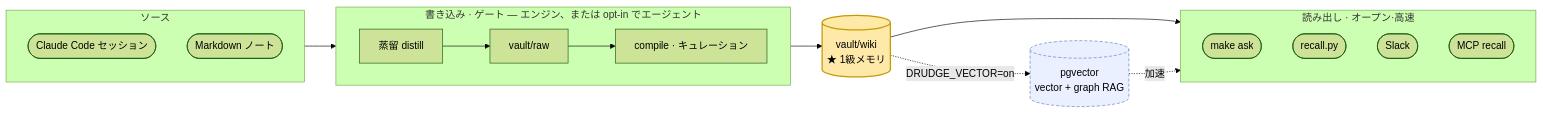
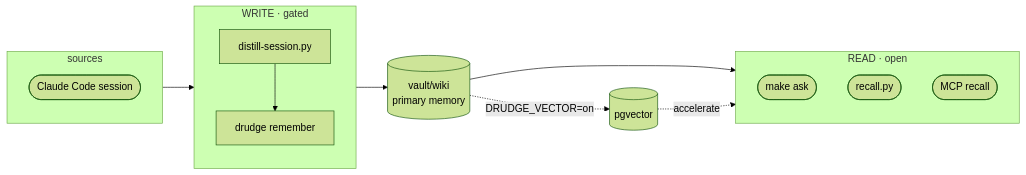
The diagram in README.ja.md (jazz1x/ohmyboring), drawn with Mermaid (forest theme) before and after one commit. The commit also changed other lines of this file and 2 other files, not shown here.

First line of the commit message:
docs: rewrite READMEs for clarity and current architecture

````diff
--- a/README.ja.md
+++ b/README.ja.md
@@ -16,27 +37,18 @@
 ```mermaid
 flowchart LR
-  subgraph SRC ["ソース"]
-    direction TB
-    CC(["Claude Code セッション"])
-    NT(["Markdown ノート"])
+  subgraph SRC [sources]
+    CC([Claude Code session])
   end
-  subgraph WRITE ["書き込み · ゲート — エンジン、または opt-in でエージェント"]
-    direction LR
-    D["蒸留 distill"] --> RAW["vault/raw"] --> CP["compile · キュレーション"]
+  subgraph WRITE [WRITE · gated]
+    D["distill-session.py"] --> REM["drudge remember"]
   end
-  WIKI[("vault/wiki<br/>★ 1級メモリ")]
-  subgraph RD ["読み出し · オープン·高速"]
-    direction TB
-    ASK(["make ask"])
-    REC(["recall.py"])
-    SLK(["Slack"])
-    MCP(["MCP recall"])
+  WIKI[("vault/wiki<br/>primary memory")]
+  subgraph RD [READ · open]
+    ASK([make ask])
+    REC([recall.py])
+    MCP([MCP recall])
   end
   SRC --> WRITE --> WIKI --> RD
-  WIKI -. "DRUDGE_VECTOR=on" .-> PG[("pgvector<br/>vector + graph RAG")]
-  PG -. 加速 .-> RD
-  classDef hub fill:#ffe9a8,stroke:#c79a00,stroke-width:2px;
-  classDef opt fill:#eaf0ff,stroke:#5a78c0,stroke-dasharray:5 3;
-  class WIKI hub;
-  class PG opt;
+  WIKI -. "DRUDGE_VECTOR=on" .-> PG[("pgvector")]
+  PG -. accelerate .-> RD
 ```
````
